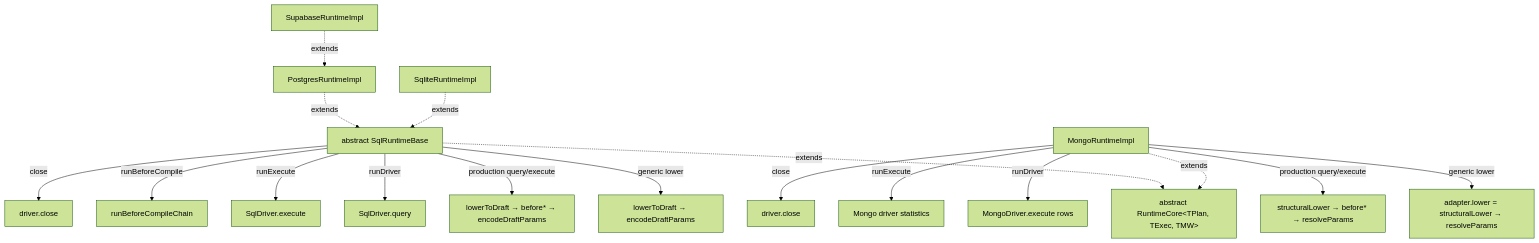
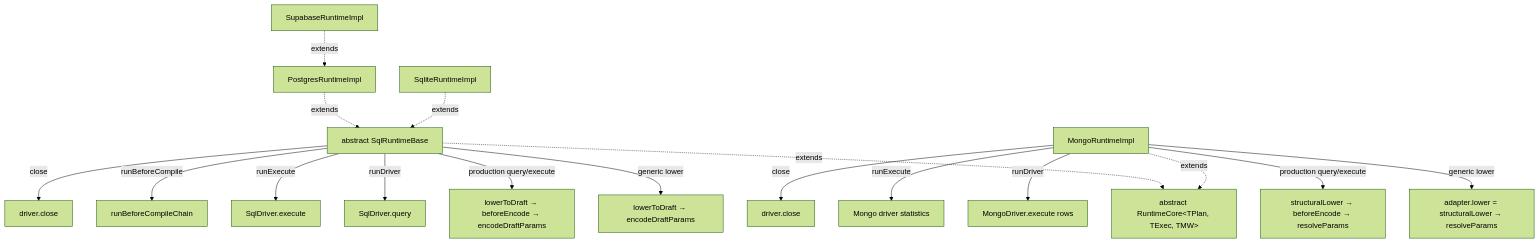
Before and after one commit to prisma/prisma: the second of 3 diagrams in docs/architecture docs/subsystems/4. Runtime & Middleware Framework.md, drawn with Mermaid (forest theme). The commit also changed other lines of this file and 17 other files, not shown here.

````diff
--- a/docs/architecture docs/subsystems/4. Runtime & Middleware Framework.md
+++ b/docs/architecture docs/subsystems/4. Runtime & Middleware Framework.md
@@ -134,22 +135,22 @@
 ```mermaid
 flowchart TB
   Core[abstract RuntimeCore&lt;TPlan, TExec, TMW&gt;]
   SR[abstract SqlRuntimeBase]
   MR[MongoRuntimeImpl]
   SR -.extends.-> Core
   MR -.extends.-> Core
   SR -- generic lower --> LowerS[lowerToDraft → encodeDraftParams]
-  SR -- production query/execute --> SplitS[lowerToDraft → before* → encodeDraftParams]
+  SR -- production query/execute --> SplitS[lowerToDraft → beforeEncode → encodeDraftParams]
   SR -- runDriver --> DriverS[SqlDriver.query]
   SR -- runExecute --> StatsS[SqlDriver.execute]
   SR -- runBeforeCompile --> BCC[runBeforeCompileChain]
   SR -- close --> CloseS[driver.close]
   MR -- generic lower --> LowerM[adapter.lower = structuralLower → resolveParams]
-  MR -- production query/execute --> SplitM[structuralLower → before* → resolveParams]
+  MR -- production query/execute --> SplitM[structuralLower → beforeEncode → resolveParams]
   MR -- runDriver --> DriverM[MongoDriver.execute rows]
   MR -- runExecute --> StatsM[Mongo driver statistics]
   MR -- close --> CloseM[driver.close]
   PR[PostgresRuntimeImpl] -.extends.-> SR
   SLR[SqliteRuntimeImpl] -.extends.-> SR
   SupR[SupabaseRuntimeImpl] -.extends.-> PR
 ```
````
